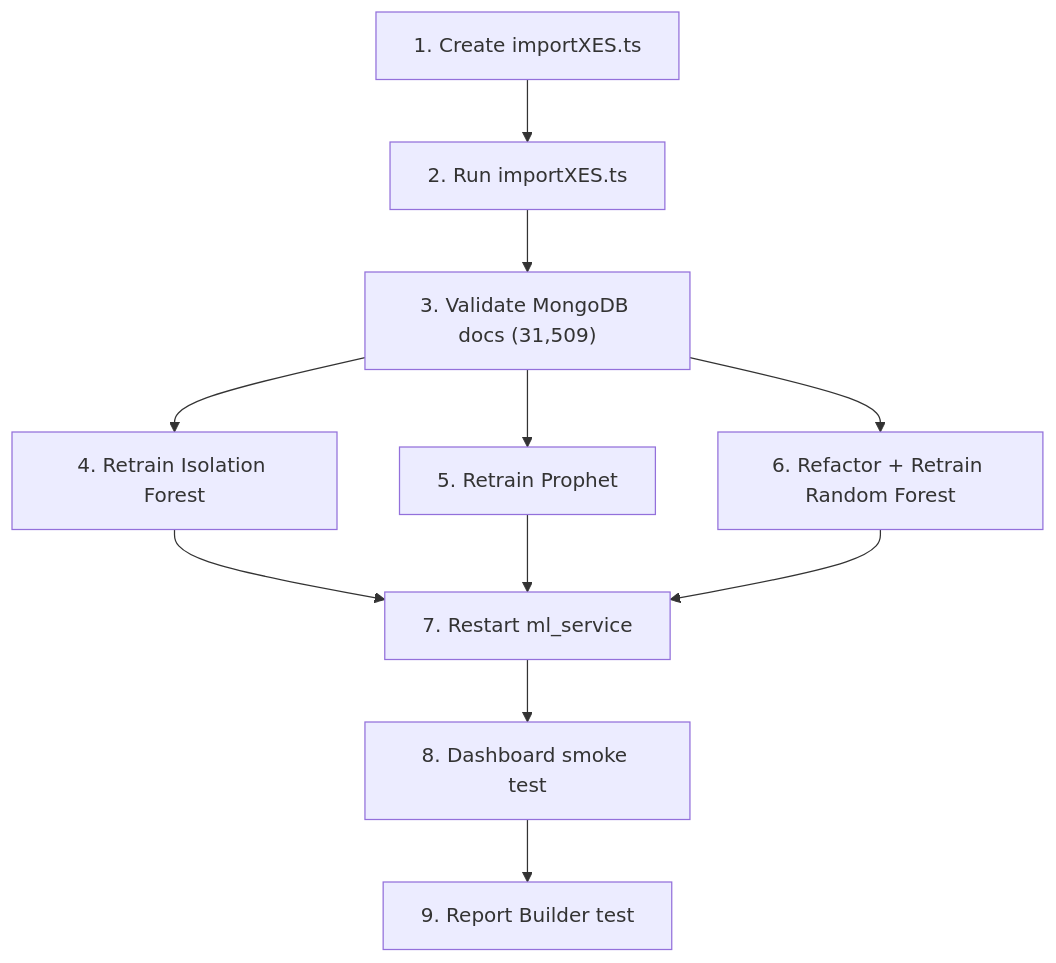
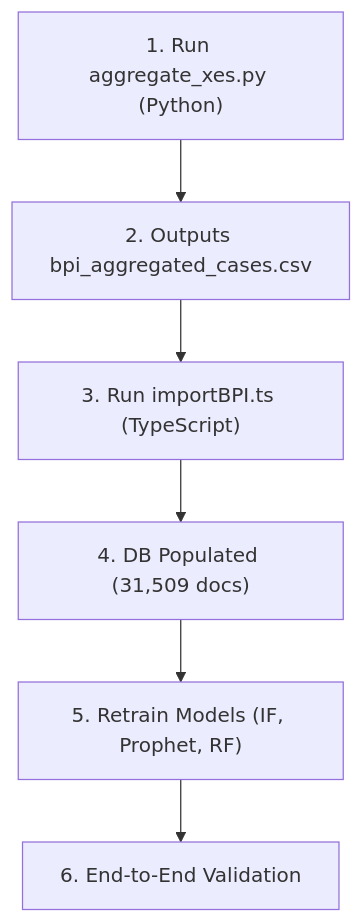
One commit to Skenlrd/gov-vision changed the diagram in newdataset.md. Above: the diagram before and after it, drawn with Mermaid. The commit also changed other lines of this file and 11 other files, not shown here.

````diff
--- a/newdataset.md
+++ b/newdataset.md
@@ -349,13 +123,8 @@
 ```mermaid
 graph TD
-    A["1. Create importXES.ts"] --> B["2. Run importXES.ts"]
-    B --> C["3. Validate MongoDB docs (31,509)"]
-    C --> D["4. Retrain Isolation Forest"]
-    C --> E["5. Retrain Prophet"]
-    C --> F["6. Refactor + Retrain Random Forest"]
-    D --> G["7. Restart ml_service"]
-    E --> G
-    F --> G
-    G --> H["8. Dashboard smoke test"]
-    H --> I["9. Report Builder test"]
+    A["1. Run aggregate_xes.py (Python)"] --> B["2. Outputs bpi_aggregated_cases.csv"]
+    B --> C["3. Run importBPI.ts (TypeScript)"]
+    C --> D["4. DB Populated (31,509 docs)"]
+    D --> E["5. Retrain Models (IF, Prophet, RF)"]
+    E --> F["6. End-to-End Validation"]
 ```
````
